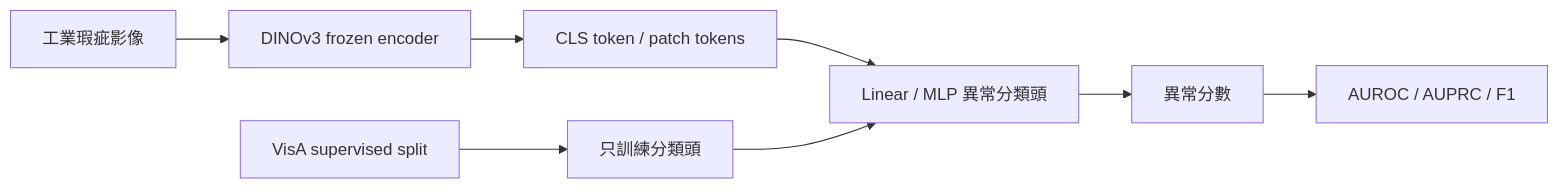
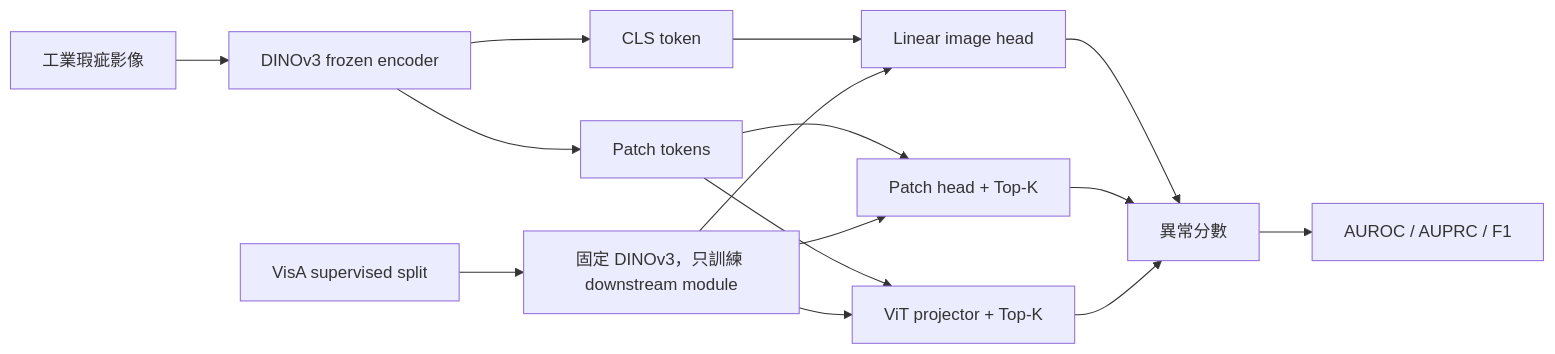
One commit to LeoGithub1119/foundation-ad-model changed the diagram in docs/index.md. Above: the diagram before and after it, drawn with Mermaid. The commit also changed other lines of this file and 13 other files, not shown here.

````diff
--- a/docs/index.md
+++ b/docs/index.md
@@ -13,11 +13,18 @@
 ```mermaid
 flowchart LR
     img[工業瑕疵影像] --> enc[DINOv3 frozen encoder]
-    enc --> cls[CLS token / patch tokens]
-    cls --> head[Linear / MLP 異常分類頭]
-    head --> score[異常分數]
+    enc --> cls[CLS token]
+    enc --> patch[Patch tokens]
+    cls --> head1[Linear image head]
+    patch --> topk[Patch head + Top-K]
+    patch --> vit[ViT projector + Top-K]
+    head1 --> score[異常分數]
+    topk --> score
+    vit --> score
     score --> metrics[AUROC / AUPRC / F1]
 
-    split[VisA supervised split] --> train[只訓練分類頭]
-    train --> head
+    split[VisA supervised split] --> train[固定 DINOv3，只訓練 downstream module]
+    train --> head1
+    train --> topk
+    train --> vit
 ```
````
